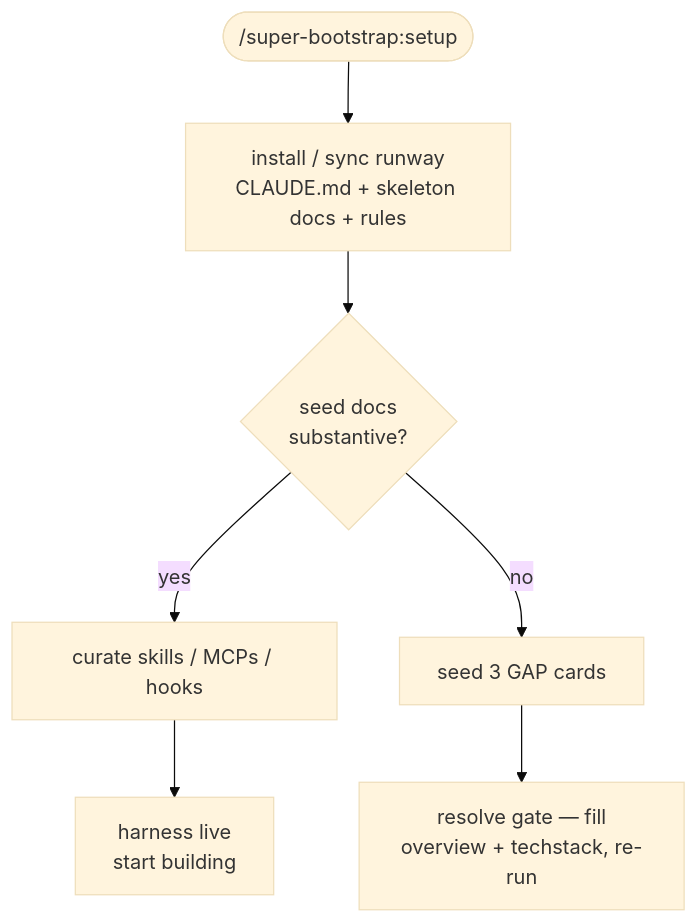
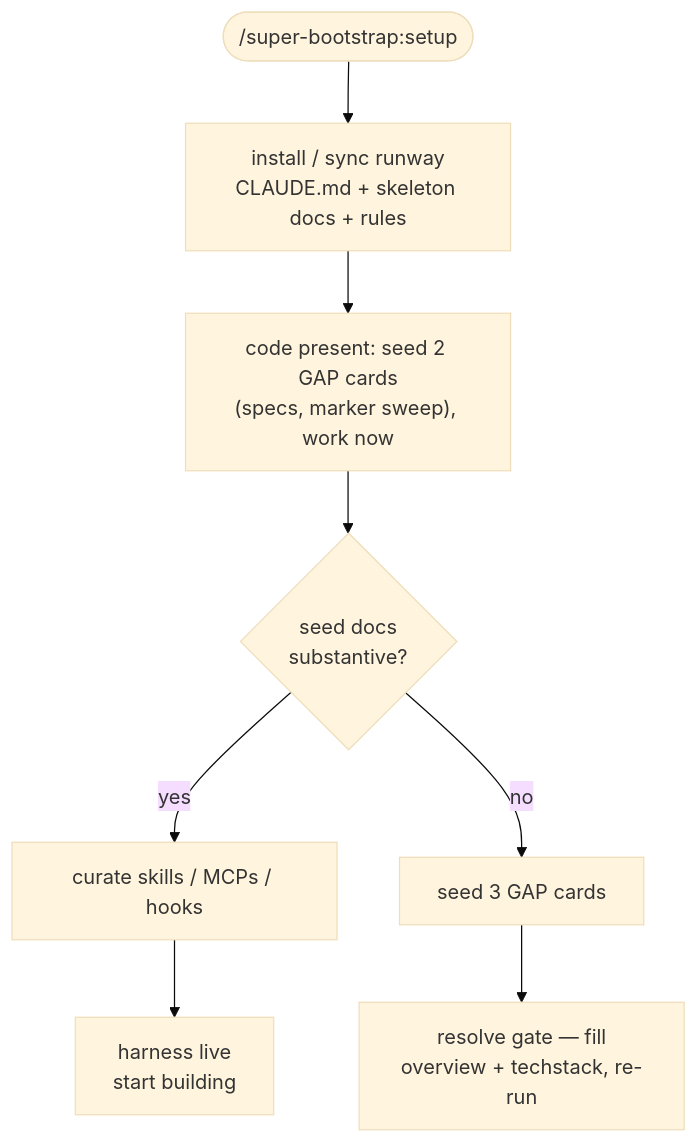
The diagram in README.md (RockyHong/super-bootstrap), drawn with Mermaid (base theme) before and after one commit. The commit also changed other lines of this file and 11 other files, not shown here.

````diff
--- a/README.md
+++ b/README.md
@@ -37,10 +38,11 @@
 ```mermaid
 flowchart TD
     entry(["/super-bootstrap:setup"])
     entry --> runway["install / sync runway<br/>CLAUDE.md + skeleton docs + rules"]
-    runway --> gate{"seed docs<br/>substantive?"}
+    runway --> code["code present: seed 2 GAP cards<br/>(specs, marker sweep), work now"]
+    code --> gate{"seed docs<br/>substantive?"}
     gate -->|yes| curate["curate skills / MCPs / hooks"]
     gate -->|no| cards["seed 3 GAP cards"]
     cards --> hold["resolve gate — fill<br/>overview + techstack, re-run"]
     curate --> done["harness live<br/>start building"]
 ```
````
